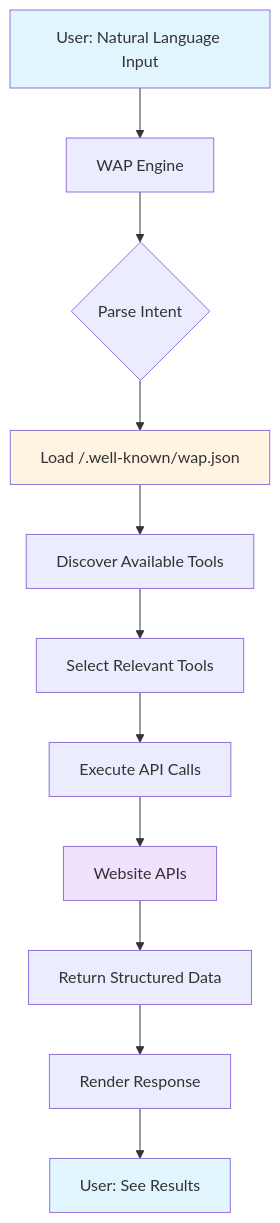
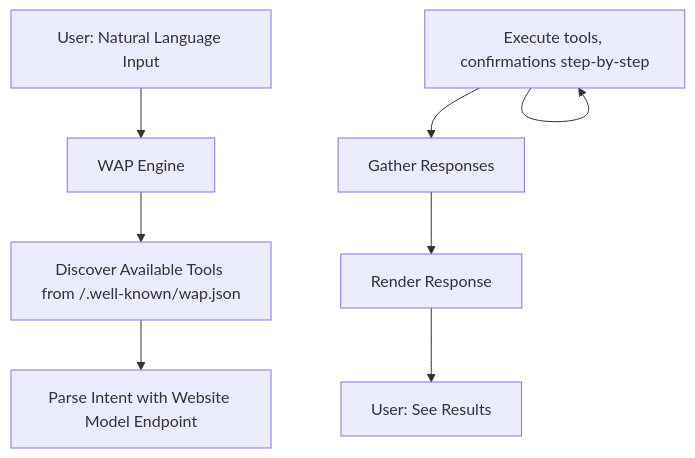
One commit to midearth-labs/web-agent-protocol changed the first of 2 diagrams in v0/announcement.md. Above: the diagram before and after it, drawn with Mermaid. The commit also changed other lines of this file and 2 other files, not shown here.

````diff
--- a/v0/announcement.md
+++ b/v0/announcement.md
@@ -56,18 +73,11 @@
 ```mermaid
 graph TB
     A[User: Natural Language Input] --> B[WAP Engine]
-    B --> C{Parse Intent}
-    C --> D[Load /.well-known/wap.json]
-    D --> E[Discover Available Tools]
-    E --> F[Select Relevant Tools]
-    F --> G[Execute API Calls]
-    G --> H[Website APIs]
-    H --> I[Return Structured Data]
-    I --> J[Render Response]
-    J --> K[User: See Results]
+    B --> C[Discover Available Tools from /.well-known/wap.json]
+    C --> D[Parse Intent with Website Model Endpoint]
+    E[Execute tools, confirmations step-by-step] --> E
+    E --> F[Gather Responses]
+    F --> G[Render Response]
+    G --> H[User: See Results]
     
-    style A fill:#e1f5ff
-    style K fill:#e1f5ff
-    style D fill:#fff4e1
-    style H fill:#f0e1ff
 ```
````
